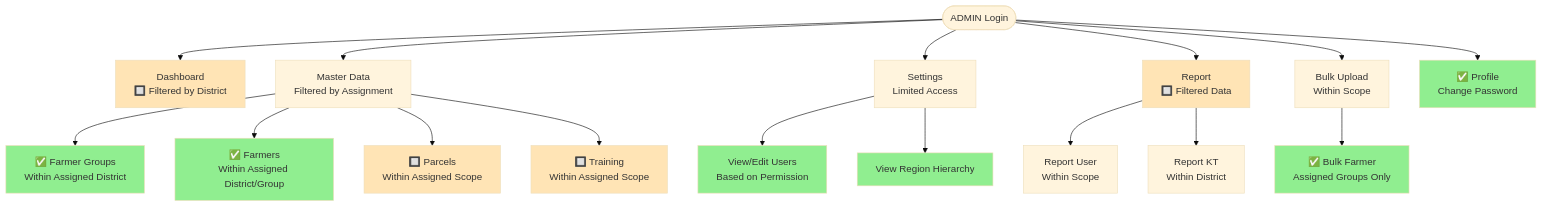
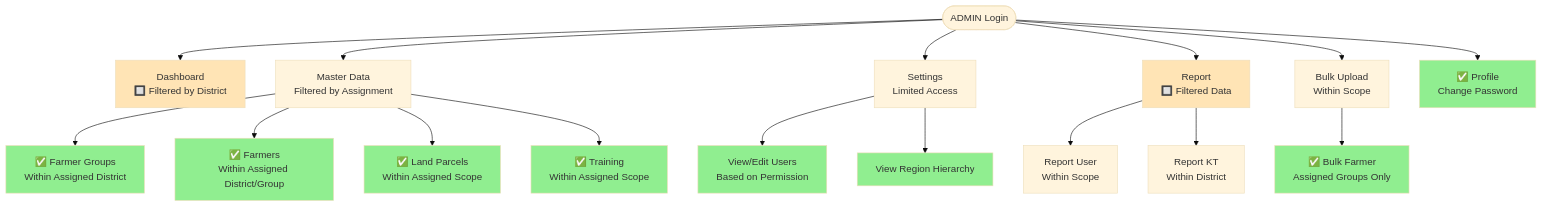
The fourth of 12 diagrams in docs/ui-ux-flow.md (WRI-Indonesia/mis-smallholder-hub), drawn with Mermaid (base theme) before and after one commit. The commit also changed other lines of this file and 3 other files, not shown here.

First line of the commit message:
docs: update documentation for issue #88 (MD-04 Land Parcel)

````diff
--- a/docs/ui-ux-flow.md
+++ b/docs/ui-ux-flow.md
@@ -661,40 +664,40 @@
 ```mermaid
 flowchart TD
     
     ADM_HOME([ADMIN Login]) --> ADM_DASH[Dashboard<br/>🔲 Filtered by District]
     
     %% Master Data - Filtered
     ADM_HOME --> ADM_MD[Master Data<br/>Filtered by Assignment]
     ADM_MD --> ADM_MD_GROUP[✅ Farmer Groups<br/>Within Assigned District]
     ADM_MD --> ADM_MD_FARMER[✅ Farmers<br/>Within Assigned District/Group]
-    ADM_MD --> ADM_MD_PARCEL[🔲 Parcels<br/>Within Assigned Scope]
-    ADM_MD --> ADM_MD_TRAINING[🔲 Training<br/>Within Assigned Scope]
+    ADM_MD --> ADM_MD_PARCEL[✅ Land Parcels<br/>Within Assigned Scope]
+    ADM_MD --> ADM_MD_TRAINING[✅ Training<br/>Within Assigned Scope]
     
     %% Limited Settings Access
     ADM_HOME --> ADM_SET[Settings<br/>Limited Access]
     ADM_SET --> ADM_SET_USER[View/Edit Users<br/>Based on Permission]
     ADM_SET --> ADM_SET_REGION[View Region Hierarchy]
     
     %% Report Access
     ADM_HOME --> ADM_RPT[Report<br/>🔲 Filtered Data]
     ADM_RPT --> ADM_RPT_USER[Report User<br/>Within Scope]
     ADM_RPT --> ADM_RPT_KT[Report KT<br/>Within District]
     
     %% Bulk Upload - Limited
     ADM_HOME --> ADM_BULK[Bulk Upload<br/>Within Scope]
     ADM_BULK --> ADM_BULK_FARMER[✅ Bulk Farmer<br/>Assigned Groups Only]
     
     %% Profile
     ADM_HOME --> ADM_PROFILE[✅ Profile<br/>Change Password]
     
     style ADM_MD_GROUP fill:#90EE90
     style ADM_MD_FARMER fill:#90EE90
-    style ADM_MD_PARCEL fill:#FFE4B5
-    style ADM_MD_TRAINING fill:#FFE4B5
+    style ADM_MD_PARCEL fill:#90EE90
+    style ADM_MD_TRAINING fill:#90EE90
     style ADM_SET_USER fill:#90EE90
     style ADM_SET_REGION fill:#90EE90
     style ADM_BULK_FARMER fill:#90EE90
     style ADM_PROFILE fill:#90EE90
     style ADM_DASH fill:#FFE4B5
     style ADM_RPT fill:#FFE4B5
 ```
````
